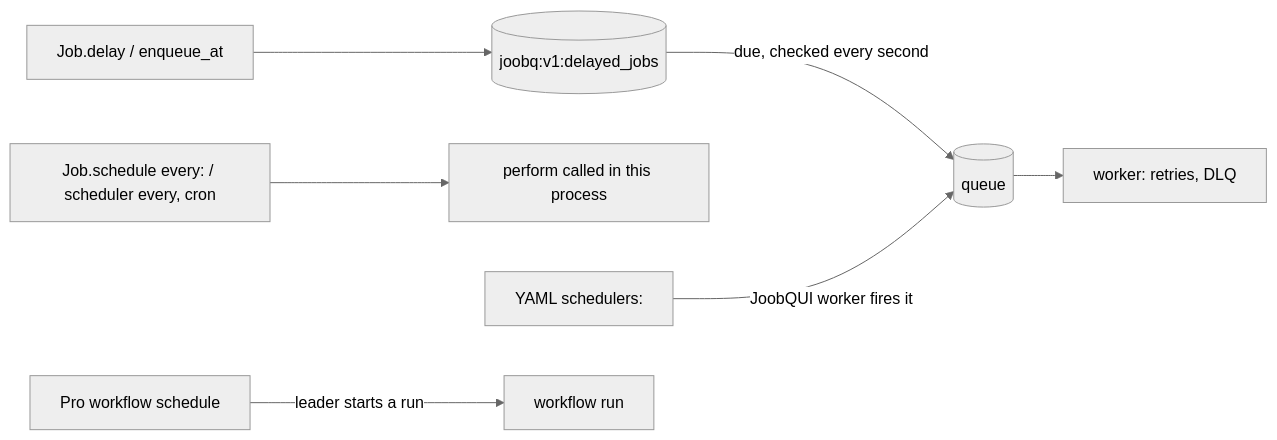
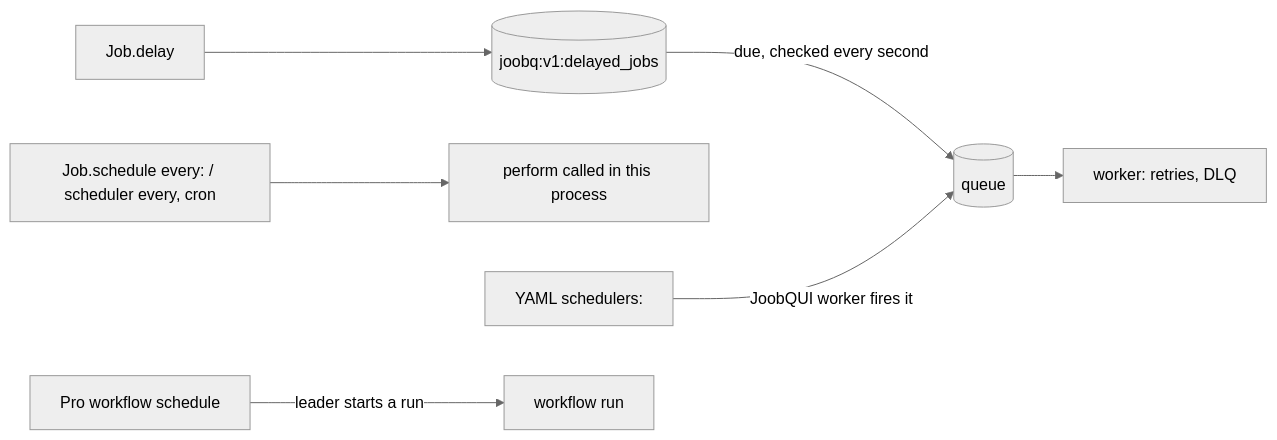
One commit to azutoolkit/joobq changed the diagram in docs/explanation/delayed-and-recurring-jobs.md. Above: the diagram before and after it, drawn with Mermaid (neutral theme). The commit also changed other lines of this file and 25 other files, not shown here.

First line of the commit message:
feat: frozen public API list, JoobQ.enqueue(job), deprecations, :nodoc: internals (#43)

````diff
--- a/docs/explanation/delayed-and-recurring-jobs.md
+++ b/docs/explanation/delayed-and-recurring-jobs.md
@@ -19,7 +19,7 @@
 ```mermaid
 flowchart LR
-  D[Job.delay / enqueue_at] --> Set[(joobq:v1:delayed_jobs)] -->|due, checked every second| Q[(queue)] --> W[worker: retries, DLQ]
+  D[Job.delay] --> Set[(joobq:v1:delayed_jobs)] -->|due, checked every second| Q[(queue)] --> W[worker: retries, DLQ]
   E[Job.schedule every: / scheduler every, cron] --> P[perform called in this process]
   Y[YAML schedulers:] -->|JoobQUI worker fires it| Q
   S[Pro workflow schedule] -->|leader starts a run| WF[workflow run]
 ```
````
